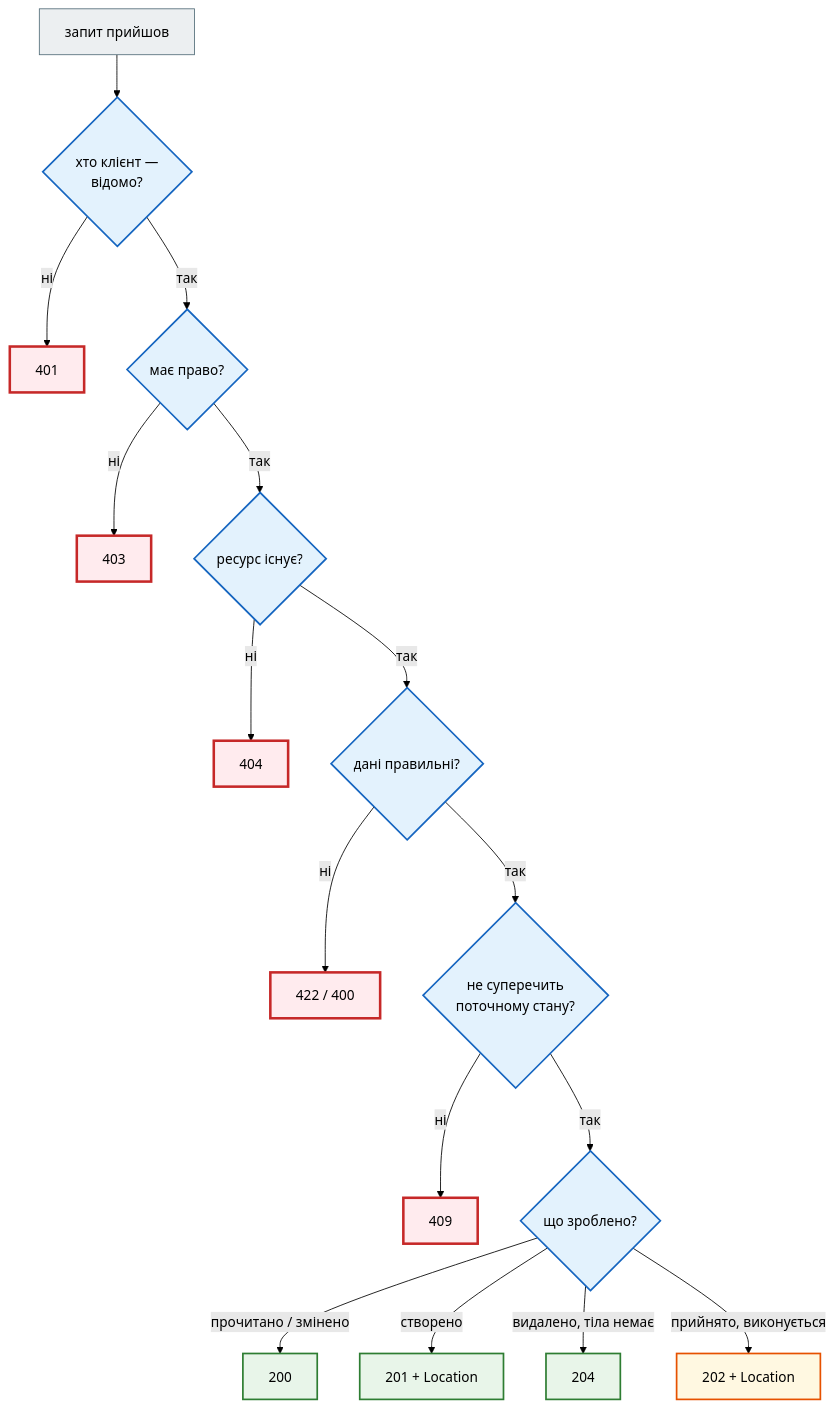
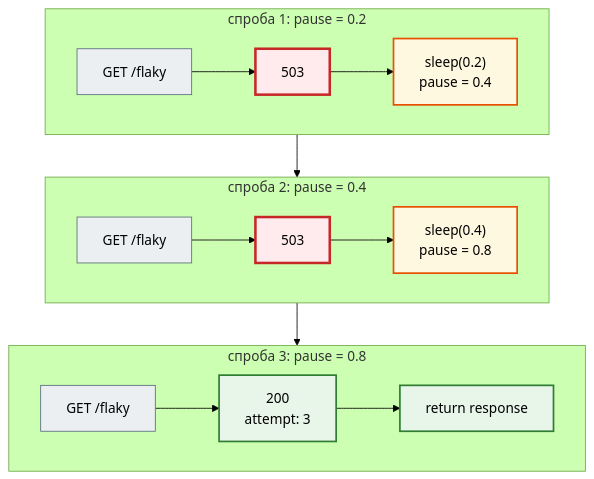
One commit to AlinaRadchenko/PY-Course-Victor-Nikoriak-22-09-2026 changed the fifth of 8 diagrams in docs/modules/m4/lesson_32.md. Above: the diagram before and after it, drawn with Mermaid (forest theme). The commit also changed other lines of this file and 1846 other files, not shown here.

````diff
--- a/docs/modules/m4/lesson_32.md
+++ b/docs/modules/m4/lesson_32.md
@@ -504,30 +499,27 @@
 ```mermaid
 flowchart TD
     classDef step     fill:#eceff1,stroke:#546e7a,stroke-width:1px;
     classDef decision fill:#e3f2fd,stroke:#1565c0,stroke-width:2px;
     classDef success  fill:#e8f5e9,stroke:#2e7d32,stroke-width:2px;
     classDef error    fill:#ffebee,stroke:#c62828,stroke-width:3px;
     classDef warning  fill:#fff8e1,stroke:#e65100,stroke-width:2px;
 
-    A["запит прийшов"] --> B{"хто клієнт —<br>відомо?"}
-    B -- ні --> E401["401"]
-    B -- так --> C{"має право?"}
-    C -- ні --> E403["403"]
-    C -- так --> D{"ресурс існує?"}
-    D -- ні --> E404["404"]
-    D -- так --> F{"дані правильні?"}
-    F -- ні --> E422["422 / 400"]
-    F -- так --> G{"не суперечить<br>поточному стану?"}
-    G -- ні --> E409["409"]
-    G -- так --> H{"що зроблено?"}
-    H -- "прочитано / змінено" --> S200["200"]
-    H -- "створено" --> S201["201 + Location"]
-    H -- "видалено, тіла немає" --> S204["204"]
-    H -- "прийнято, виконується" --> S202["202 + Location"]
+    subgraph A1["спроба 1: pause = 0.2"]
+        direction LR
+        A1R["GET /flaky"] --> A1S["503"] --> A1W["sleep(0.2)<br>pause = 0.4"]
+    end
+    subgraph A2["спроба 2: pause = 0.4"]
+        direction LR
+        A2R["GET /flaky"] --> A2S["503"] --> A2W["sleep(0.4)<br>pause = 0.8"]
+    end
+    subgraph A3["спроба 3: pause = 0.8"]
+        direction LR
+        A3R["GET /flaky"] --> A3S["200<br>attempt: 3"] --> A3W["return response"]
+    end
+    A1 --> A2 --> A3
 
-    class A step
-    class B,C,D,F,G,H decision
-    class E401,E403,E404,E422,E409 error
-    class S200,S201,S204 success
-    class S202 warning
+    class A1R,A2R,A3R step
+    class A1S,A2S error
+    class A1W,A2W warning
+    class A3S,A3W success
 ```
````
